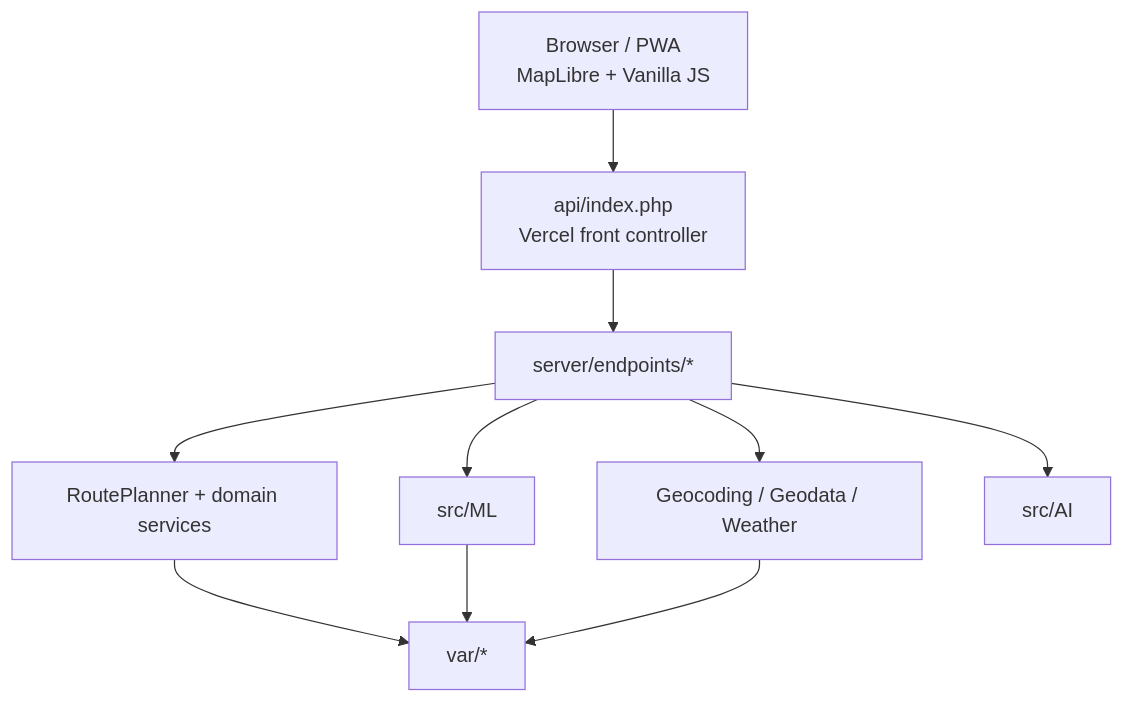
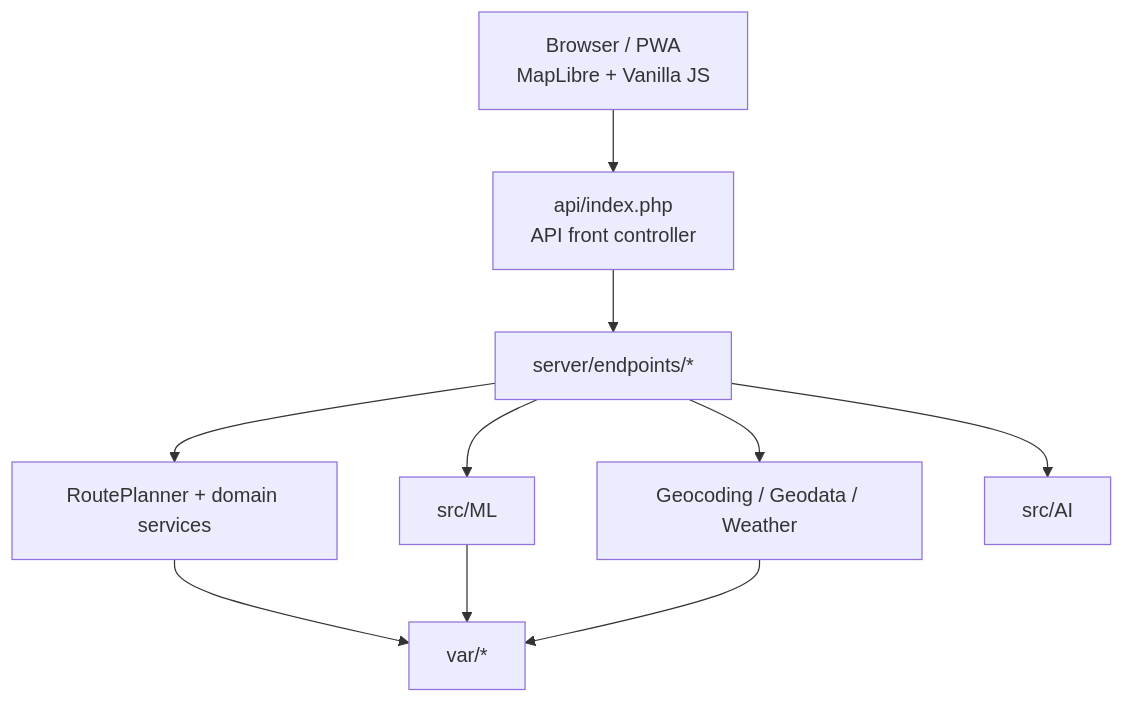
One commit to ViolettaNcl/smart-route-planner changed the first of 2 diagrams in docs/architecture.en.md. Above: the diagram before and after it, drawn with Mermaid. The commit also changed other lines of this file and 46 other files, not shown here.

````diff
--- a/docs/architecture.en.md
+++ b/docs/architecture.en.md
@@ -19,21 +19,21 @@
 ```mermaid
 flowchart TB
     Browser[Browser / PWA<br/>MapLibre + Vanilla JS]
-    Front[api/index.php<br/>Vercel front controller]
+    Front[api/index.php<br/>API front controller]
     Endpoints[server/endpoints/*]
     Core[RoutePlanner + domain services]
     ML[src/ML]
     Geo[Geocoding / Geodata / Weather]
     AI[src/AI]
     Runtime[var/*]
 
     Browser --> Front
     Front --> Endpoints
     Endpoints --> Core
     Endpoints --> ML
     Endpoints --> Geo
     Endpoints --> AI
     Core --> Runtime
     ML --> Runtime
     Geo --> Runtime
 ```
````
